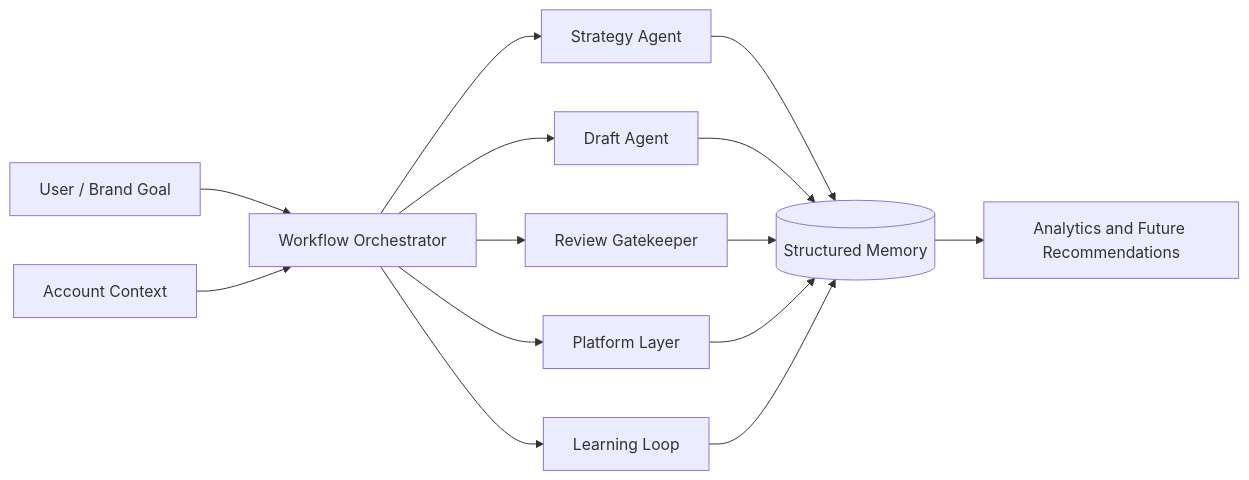
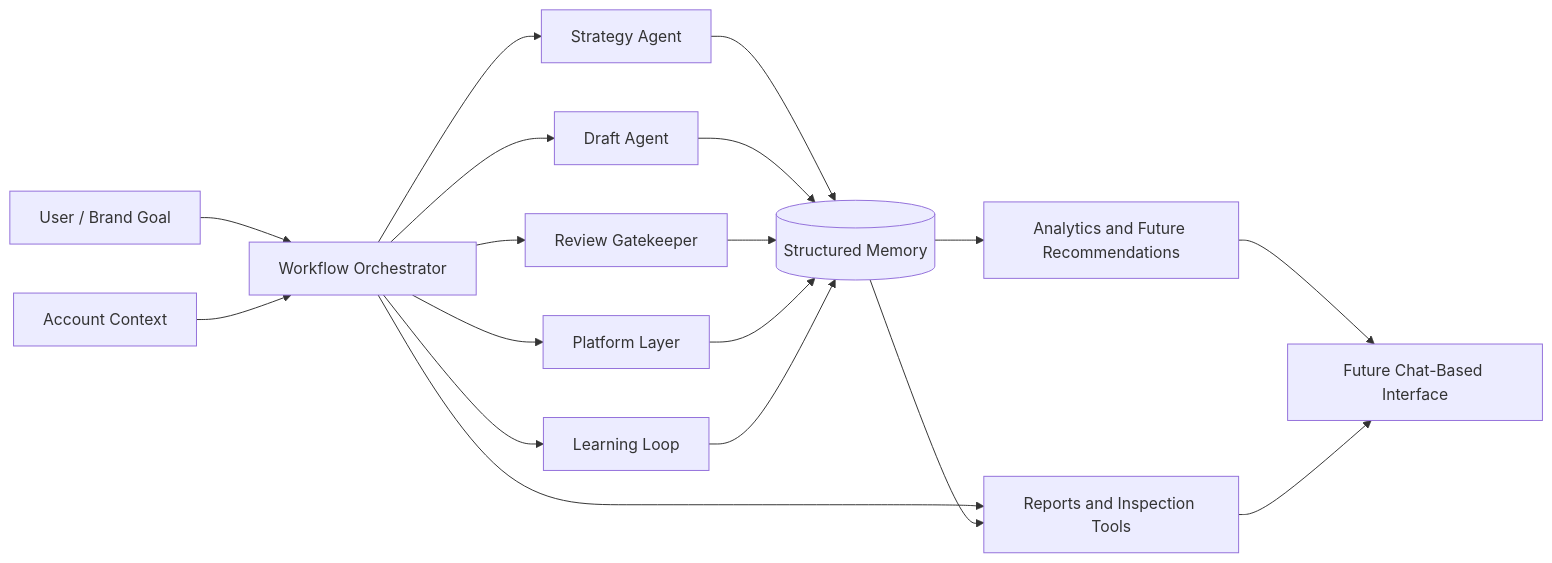
The diagram in diagrams/system-architecture.md (Prashamv/kourai-skill-tree), drawn with Mermaid before and after one commit. The commit also changed 20 other files, not shown here.

````diff
--- a/diagrams/system-architecture.md
+++ b/diagrams/system-architecture.md
@@ -3,16 +3,20 @@
 ```mermaid
 flowchart LR
     U[User / Brand Goal] --> O[Workflow Orchestrator]
     AC[Account Context] --> O
     O --> S[Strategy Agent]
     O --> D[Draft Agent]
     O --> R[Review Gatekeeper]
     O --> P[Platform Layer]
     O --> L[Learning Loop]
+    O --> Q[Reports and Inspection Tools]
     S --> M[(Structured Memory)]
     D --> M
     R --> M
     P --> M
     L --> M
+    M --> Q
     M --> A[Analytics and Future Recommendations]
+    A --> UI[Future Chat-Based Interface]
+    Q --> UI
 ```
````
